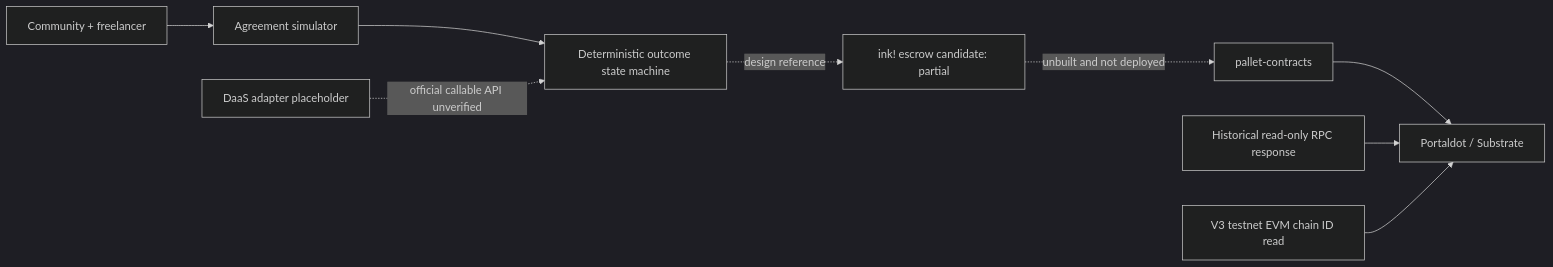
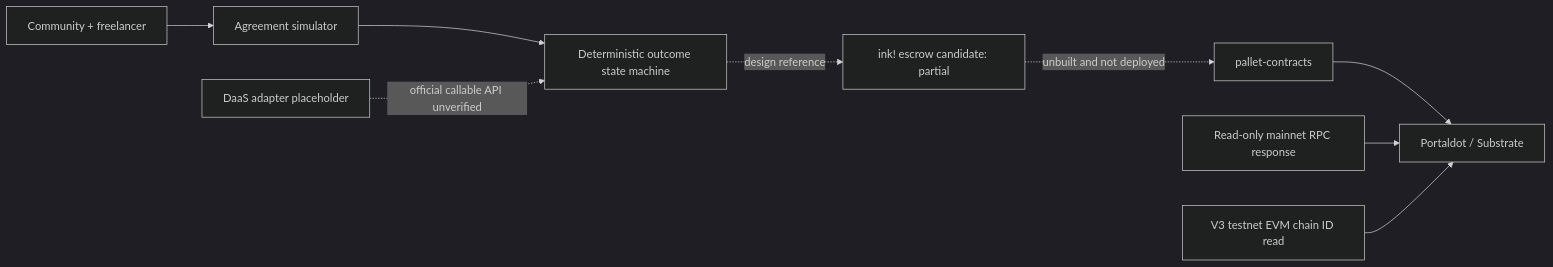
One commit to noboru59631/trustfall-portaldot changed the diagram in docs/ARCHITECTURE.md. Above: the diagram before and after it, drawn with Mermaid (dark theme). The commit also changed 7 other files, not shown here.

Commit message:
Refresh mainnet RPC evidence and final check-in claims

````diff
--- a/docs/ARCHITECTURE.md
+++ b/docs/ARCHITECTURE.md
@@ -3,11 +3,11 @@
 ```mermaid
 flowchart LR
   U[Community + freelancer] --> UI[Agreement simulator]
   UI --> SM[Deterministic outcome state machine]
   SM -. design reference .-> C[ink! escrow candidate: partial]
   C -. unbuilt and not deployed .-> PC[pallet-contracts]
   PC --> P[Portaldot / Substrate]
-  RPC[Historical read-only RPC response] --> P
+  RPC[Read-only mainnet RPC response] --> P
   EVM[V3 testnet EVM chain ID read] --> P
   D[DaaS adapter placeholder] -. official callable API unverified .-> SM
 ```
````
